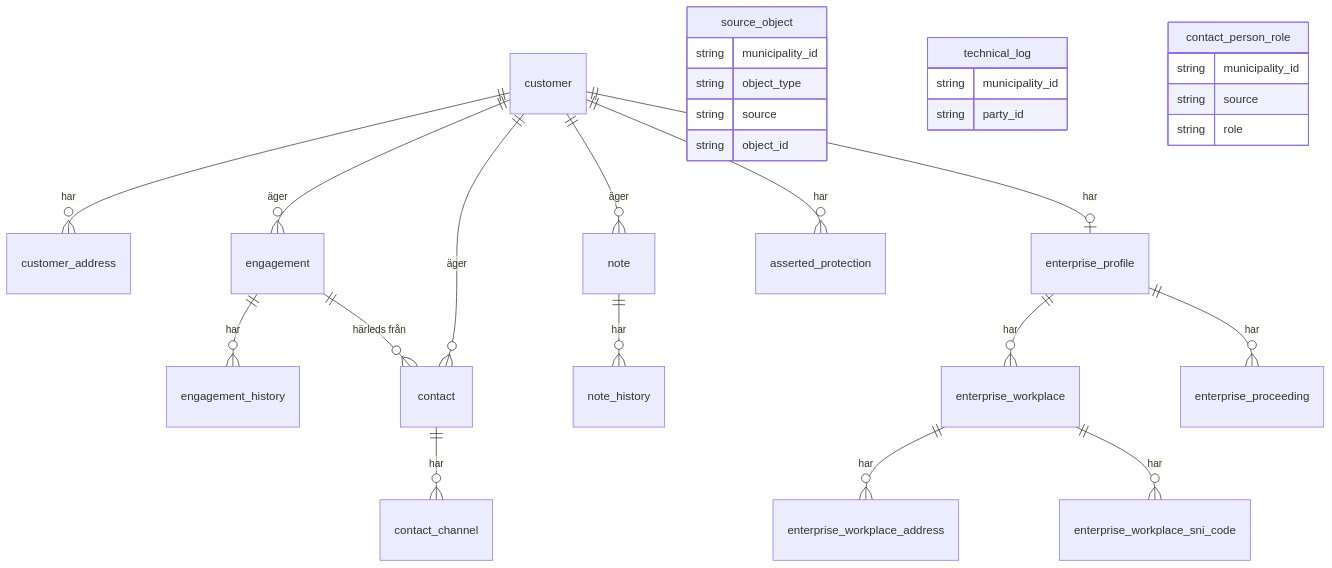
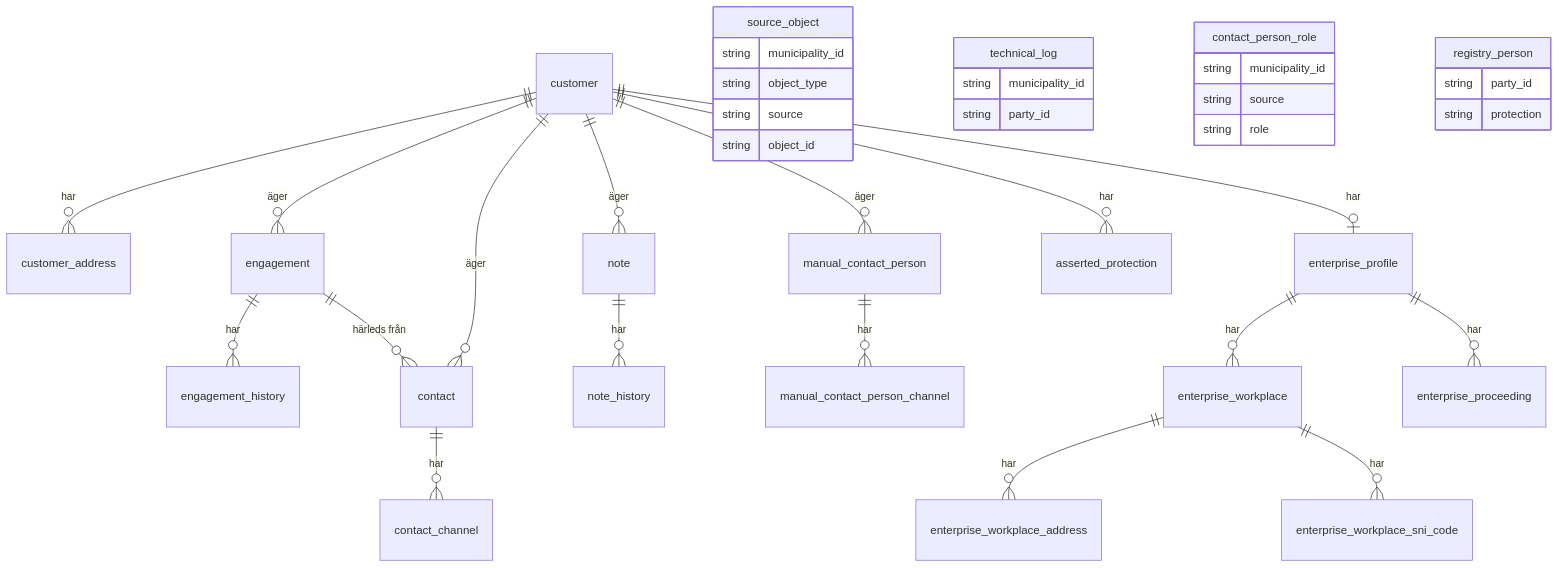
The diagram in docs/arkitektur/04-datamodell.md (Sundsvallskommun/api-service-party-overview), drawn with Mermaid before and after one commit. The commit also changed other lines of this file and 14 other files, not shown here.

````diff
--- a/docs/arkitektur/04-datamodell.md
+++ b/docs/arkitektur/04-datamodell.md
@@ -7,32 +7,38 @@
 ```mermaid
 erDiagram
     customer ||--o{ customer_address : "har"
     customer ||--o{ engagement : "äger"
     customer ||--o{ contact : "äger"
     customer ||--o{ note : "äger"
+    customer ||--o{ manual_contact_person : "äger"
+    manual_contact_person ||--o{ manual_contact_person_channel : "har"
     customer ||--o{ asserted_protection : "har"
     customer ||--o| enterprise_profile : "har"
     enterprise_profile ||--o{ enterprise_workplace : "har"
     enterprise_workplace ||--o{ enterprise_workplace_address : "har"
     enterprise_workplace ||--o{ enterprise_workplace_sni_code : "har"
     enterprise_profile ||--o{ enterprise_proceeding : "har"
     engagement ||--o{ engagement_history : "har"
     engagement ||--o{ contact : "härleds från"
     contact ||--o{ contact_channel : "har"
     note ||--o{ note_history : "har"
     source_object {
         string municipality_id
         string object_type
         string source
         string object_id
     }
     technical_log {
         string municipality_id
         string party_id
     }
     contact_person_role {
         string municipality_id
         string source
         string role
     }
+    registry_person {
+        string party_id
+        string protection
+    }
 ```
````
